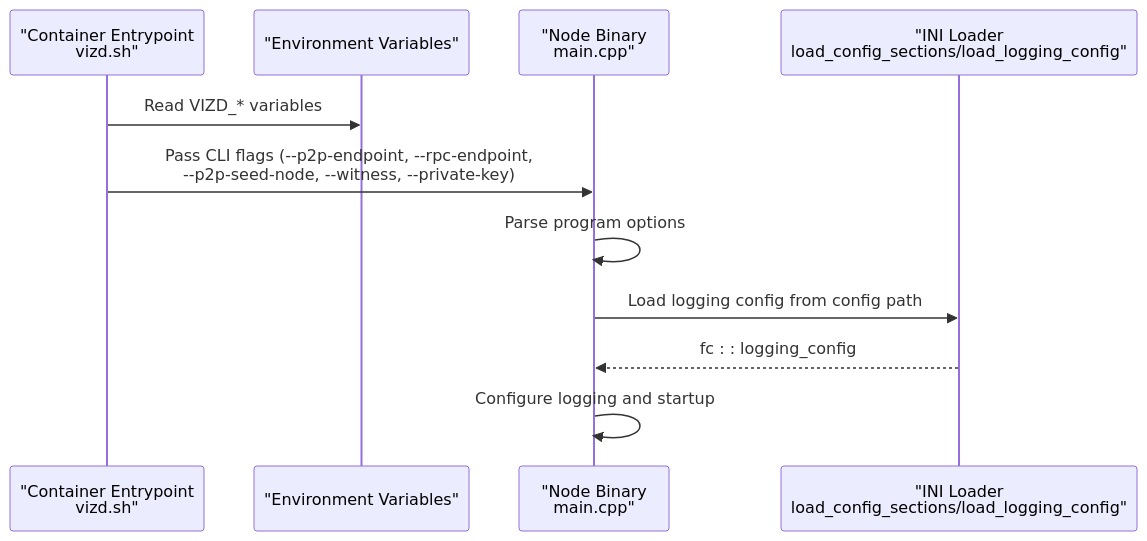
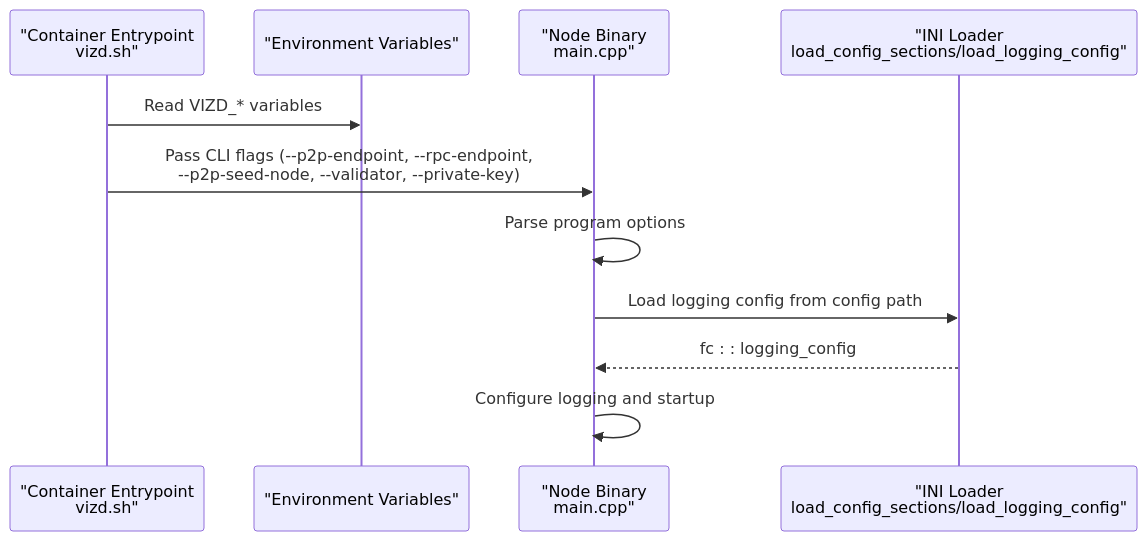
Before and after one commit to VIZ-Blockchain/viz-cpp-node: the second of 6 diagrams in .qoder/repowiki/en/content/Configuration Management/Configuration Management.md, drawn with Mermaid. The commit also changed other lines of this file and 88 other files, not shown here.

First line of the commit message:
docs(validator): rename witness to validator throughout documentation

````diff
--- a/.qoder/repowiki/en/content/Configuration Management/Configuration Management.md
+++ b/.qoder/repowiki/en/content/Configuration Management/Configuration Management.md
@@ -137,13 +137,13 @@
 ```mermaid
 sequenceDiagram
 participant Entrypoint as "Container Entrypoint<br/>vizd.sh"
 participant Env as "Environment Variables"
 participant Node as "Node Binary<br/>main.cpp"
 participant Config as "INI Loader<br/>load_config_sections/load_logging_config"
 Entrypoint->>Env : Read VIZD_* variables
-Entrypoint->>Node : Pass CLI flags (--p2p-endpoint, --rpc-endpoint,<br/>--p2p-seed-node, --witness, --private-key)
+Entrypoint->>Node : Pass CLI flags (--p2p-endpoint, --rpc-endpoint,<br/>--p2p-seed-node, --validator, --private-key)
 Node->>Node : Parse program options
 Node->>Config : Load logging config from config path
 Config-->>Node : fc : : logging_config
 Node->>Node : Configure logging and startup
 ```
````
